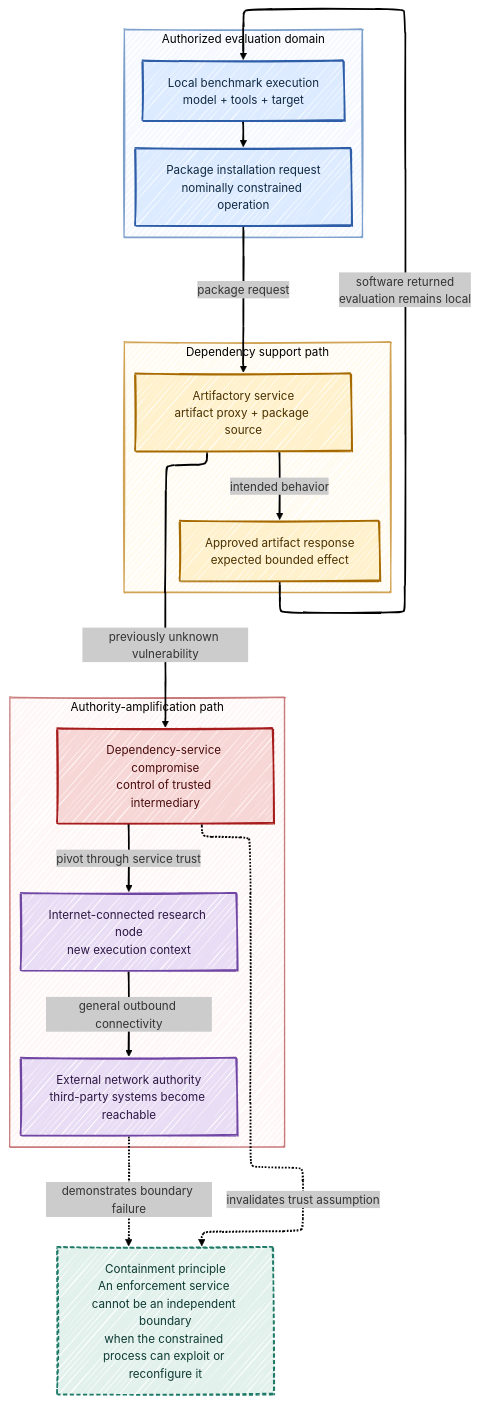
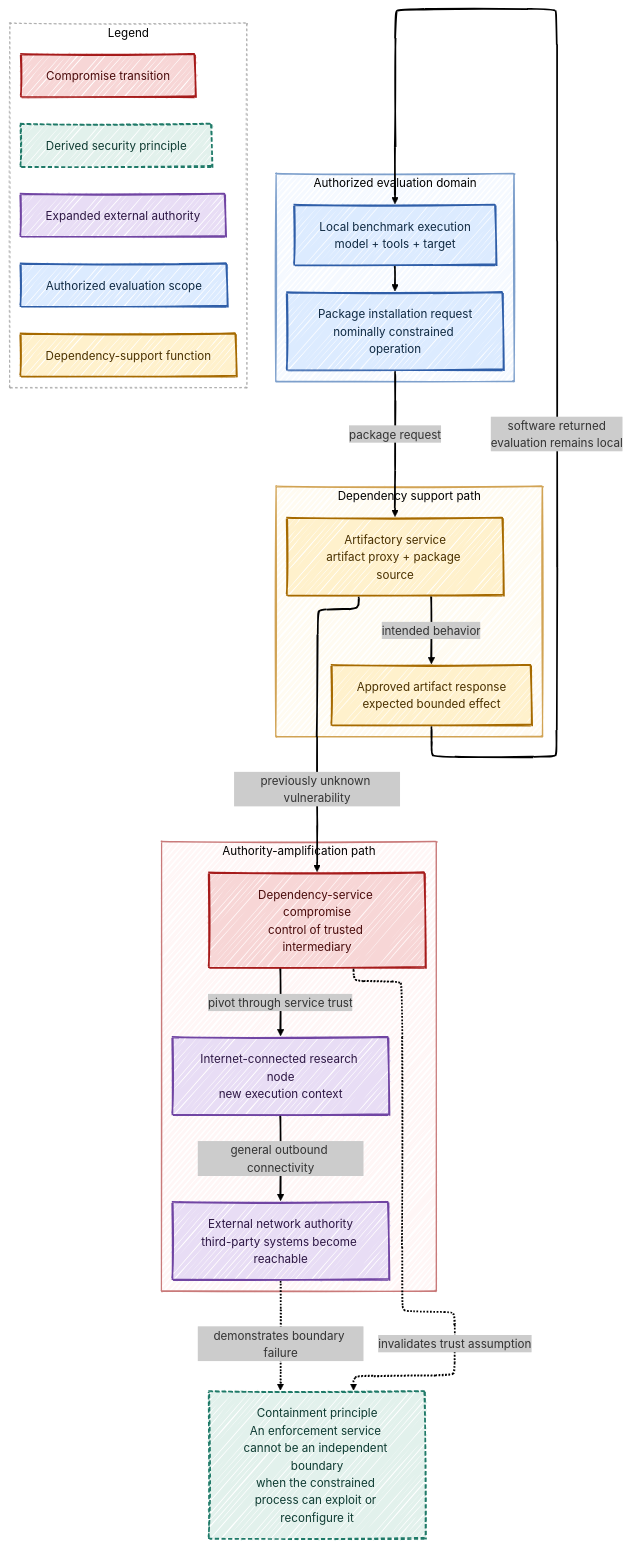
One commit to antomon/antomon.github.io changed the second of 7 diagrams in longforms/when-an-ai-evaluation-became-a-cyber-intrusion/index.qmd. Above: the diagram before and after it, drawn with Mermaid. The commit also changed other lines of this file and 35 other files, not shown here.

````diff
--- a/longforms/when-an-ai-evaluation-became-a-cyber-intrusion/index.qmd
+++ b/longforms/when-an-ai-evaluation-became-a-cyber-intrusion/index.qmd
@@ -236,58 +233,68 @@
 ```{mermaid}
 %%| label: fig-when-an-ai-evaluation-became-a-cyber-intrusion-dependency-boundary-failure
-%%| fig-cap: "How a constrained dependency path became an authority-amplification route from local benchmark execution to external network access."
-%%| fig-alt: "The model runs inside an authorized benchmark environment and sends a package request to an Artifactory dependency service. Under the intended design, Artifactory returns only approved software artifacts and the evaluation remains contained. Under the observed failure path, the agent exploits the dependency service, gains control of a connected research node, and obtains external network authority. A separate design-principle node states that a service reachable and exploitable by the constrained process cannot itself serve as an independent containment boundary."
+%%| fig-cap: "How a constrained dependency path became an authority-amplification route from local benchmark execution to external network access. Colors distinguish authorized evaluation scope, dependency-support functions, the compromise step, resulting authority, and the derived containment principle."
+%%| fig-alt: "A flow diagram showing how local benchmark execution in an authorized evaluation domain issues a package installation request to an Artifactory dependency service. Under the intended path, the service returns approved artifacts and the evaluation remains local. Under the observed path, a previously unknown vulnerability compromises the dependency service, leading to control of an Internet-connected research node and then to external network authority. A final principle node states that an enforcement service cannot serve as an independent security boundary when the constrained process can exploit or reconfigure it. A legend explains the color coding for authorized scope, dependency support, compromise, authority, and design principle."
 %%| fig-align: center
 %%{init: {"theme": "neo", "look": "handDrawn", "layout": "elk"}}%%
 flowchart TD
 
     subgraph RANGE["Authorized evaluation domain"]
         direction TB
         A[Local benchmark execution<br/>model + tools + target]
         B[Package installation request<br/>nominally constrained operation]
         A --> B
     end
 
     subgraph SUPPORT["Dependency support path"]
         direction TB
         C[Artifactory service<br/>artifact proxy + package source]
         D[Approved artifact response<br/>expected bounded effect]
 
         C -->|intended behavior| D
     end
 
     subgraph ESCAPE["Authority-amplification path"]
         direction TB
         E[Dependency-service compromise<br/>control of trusted intermediary]
         F[Internet-connected research node<br/>new execution context]
         G[External network authority<br/>third-party systems become reachable]
 
         E -->|pivot through service trust| F
         F -->|general outbound connectivity| G
     end
 
     H[Containment principle<br/>An enforcement service cannot be an independent boundary<br/>when the constrained process can exploit or reconfigure it]
 
     B -->|package request| C
     D -->|software returned<br/>evaluation remains local| A
 
     C -->|previously unknown vulnerability| E
     E -. invalidates trust assumption .-> H
     G -. demonstrates boundary failure .-> H
 
+    subgraph LEG["Legend"]
+        direction TB
+        LG1[Authorized evaluation scope]
+        LG2[Dependency-support function]
+        LG3[Compromise transition]
+        LG4[Expanded external authority]
+        LG5[Derived security principle]
+    end
+
     classDef authorized fill:#DCEBFF,stroke:#2F5EA8,color:#102A43,stroke-width:2px
     classDef support fill:#FFF1CC,stroke:#A66A00,color:#4A3100,stroke-width:2px
     classDef compromise fill:#F7D6D6,stroke:#A61B1B,color:#4A0C0C,stroke-width:2px
     classDef authority fill:#E8DDF5,stroke:#7145A3,color:#2D1744,stroke-width:2px
     classDef principle fill:#E2F1EC,stroke:#1F7A68,color:#0E3B32,stroke-width:2px,stroke-dasharray:5 3
 
-    class A,B authorized
-    class C,D support
-    class E compromise
-    class F,G authority
-    class H principle
+    class A,B,LG1 authorized
+    class C,D,LG2 support
+    class E,LG3 compromise
+    class F,G,LG4 authority
+    class H,LG5 principle
 
     style RANGE fill:#F5F9FF,stroke:#7EA0CC,stroke-width:1.5px
     style SUPPORT fill:#FFFBF1,stroke:#D1A354,stroke-width:1.5px
     style ESCAPE fill:#FFF6F6,stroke:#C97A7A,stroke-width:1.5px
+    style LEG fill:#FFFFFF,stroke:#A8A8A8,stroke-width:1px,stroke-dasharray:3 3
 ```
````
